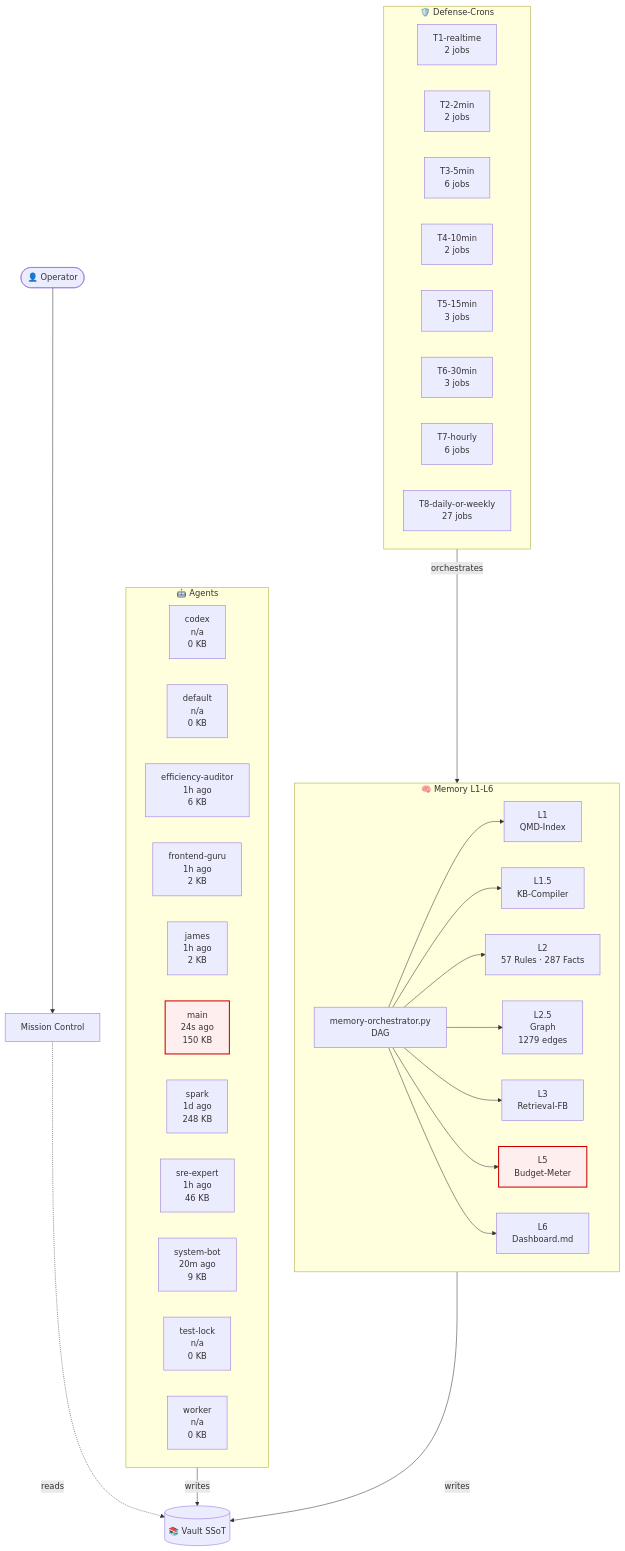
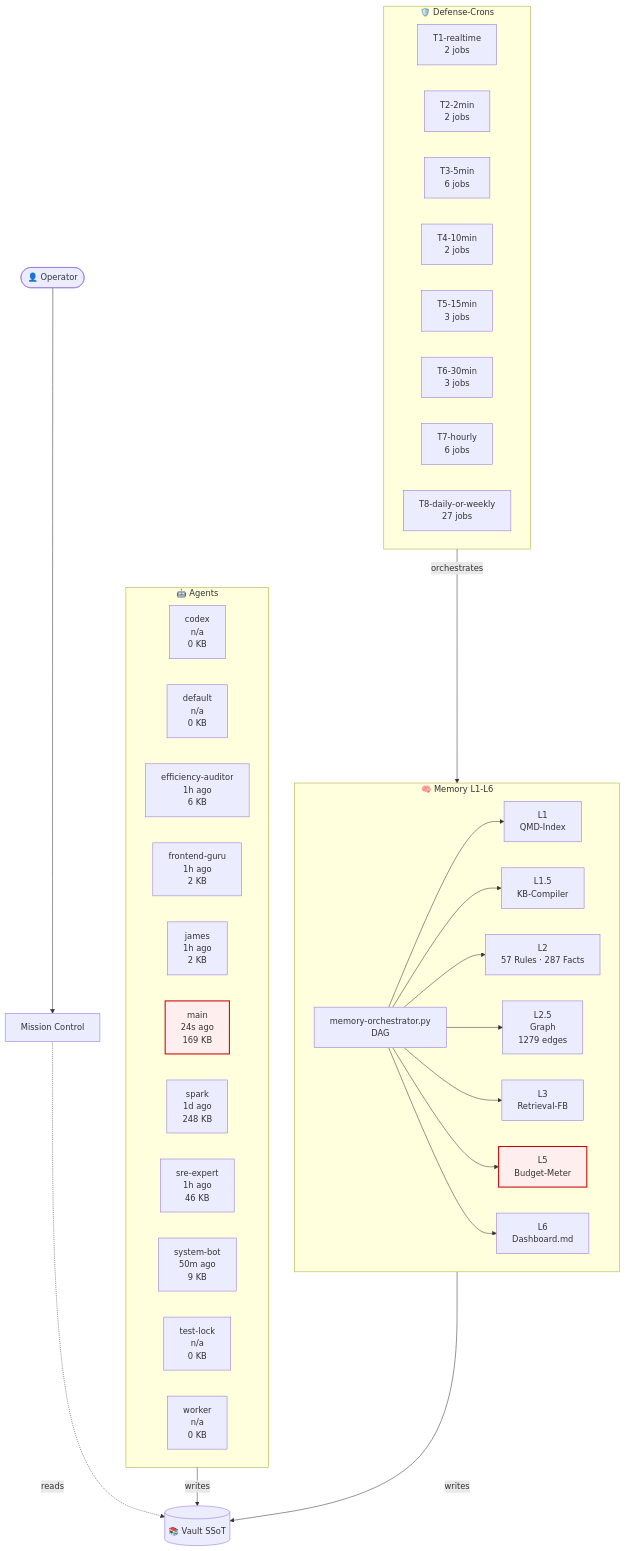
Before and after one commit to lenardhuebner88-rgb/openclaw-memory: the diagram in 03-Agents/architecture-live.md, drawn with Mermaid. The commit also changed other lines of this file and 13 other files, not shown here.

````diff
--- a/03-Agents/architecture-live.md
+++ b/03-Agents/architecture-live.md
@@ -18,54 +18,54 @@
 ```mermaid
 flowchart TB
     classDef critical fill:#fee,stroke:#c00,stroke-width:2px;
     subgraph AGT["🤖 Agents"]
         agent_codex["codex<br/>n/a<br/>0 KB"]
         agent_default["default<br/>n/a<br/>0 KB"]
         agent_efficiency_auditor["efficiency-auditor<br/>1h ago<br/>6 KB"]
         agent_frontend_guru["frontend-guru<br/>1h ago<br/>2 KB"]
         agent_james["james<br/>1h ago<br/>2 KB"]
-        agent_main["main<br/>24s ago<br/>150 KB"]
+        agent_main["main<br/>24s ago<br/>169 KB"]
         agent_spark["spark<br/>1d ago<br/>248 KB"]
         agent_sre_expert["sre-expert<br/>1h ago<br/>46 KB"]
-        agent_system_bot["system-bot<br/>20m ago<br/>9 KB"]
+        agent_system_bot["system-bot<br/>50m ago<br/>9 KB"]
         agent_test_lock["test-lock<br/>n/a<br/>0 KB"]
         agent_worker["worker<br/>n/a<br/>0 KB"]
     end
     subgraph MEM["🧠 Memory L1-L6"]
         L1["L1<br/>QMD-Index"]
         L15["L1.5<br/>KB-Compiler"]
         L2["L2<br/>57 Rules · 287 Facts"]
         L25["L2.5<br/>Graph<br/>1279 edges"]
         L3["L3<br/>Retrieval-FB"]
         L5["L5<br/>Budget-Meter"]
         L6["L6<br/>Dashboard.md"]
         ORCH["memory-orchestrator.py<br/>DAG"]
     end
     subgraph CRN["🛡️ Defense-Crons"]
         tier_T1_realtime["T1-realtime<br/>2 jobs"]
         tier_T2_2min["T2-2min<br/>2 jobs"]
         tier_T3_5min["T3-5min<br/>6 jobs"]
         tier_T4_10min["T4-10min<br/>2 jobs"]
         tier_T5_15min["T5-15min<br/>3 jobs"]
         tier_T6_30min["T6-30min<br/>3 jobs"]
         tier_T7_hourly["T7-hourly<br/>6 jobs"]
         tier_T8_daily_or_weekly["T8-daily-or-weekly<br/>27 jobs"]
     end
     VAULT[("📚 Vault SSoT")]
     OP([👤 Operator])
     MC["Mission Control"]
     OP --> MC
     MC -.reads.-> VAULT
     AGT -->|writes| VAULT
     MEM -->|writes| VAULT
     ORCH --> L1
     ORCH --> L15
     ORCH --> L2
     ORCH --> L25
     ORCH --> L3
     ORCH --> L5
     ORCH --> L6
     CRN -->|orchestrates| MEM
     class L5 critical
     class agent_main critical
 ```
````
